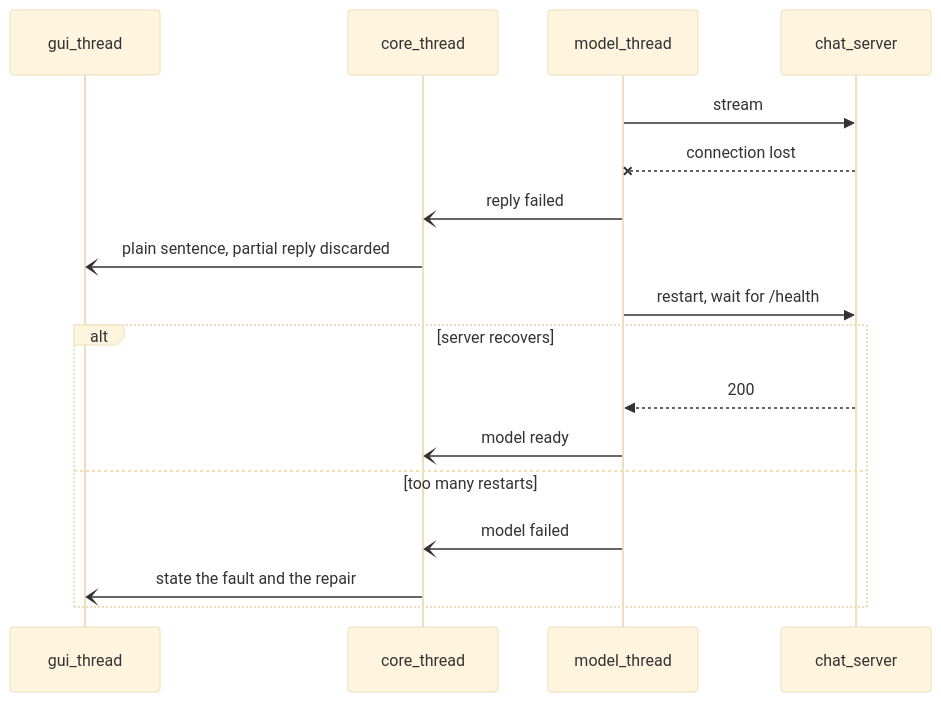
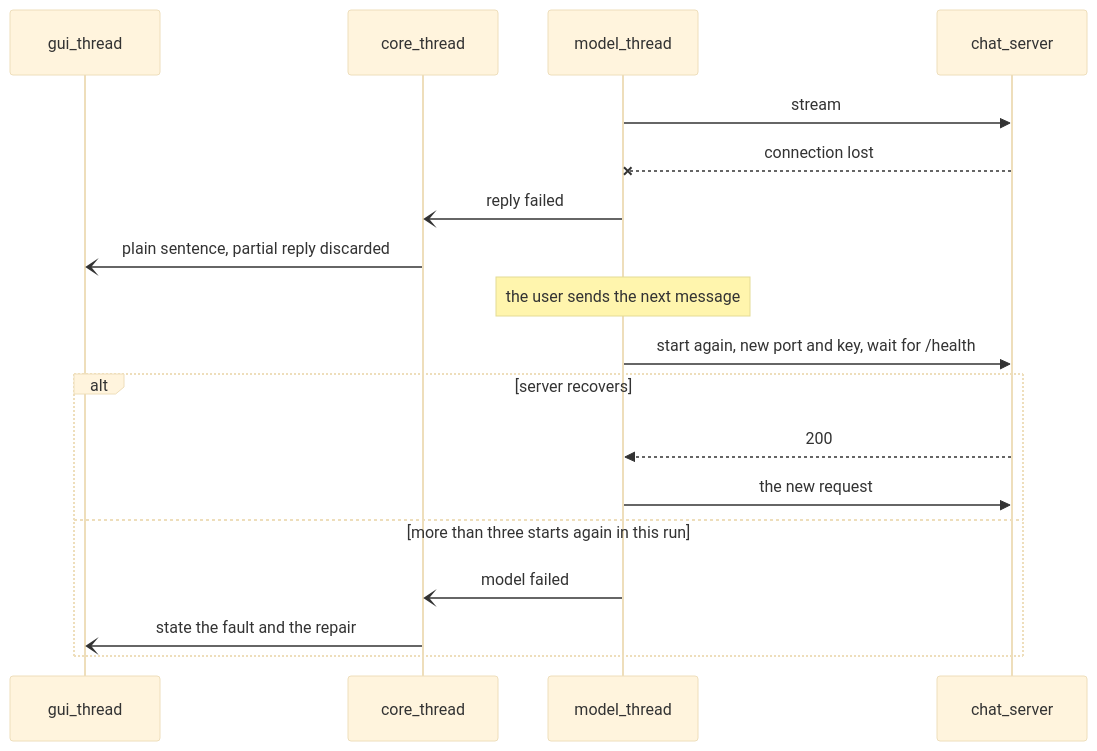
Diagram 41 of 46 in docs/architecture/ARCHITECTURE.md (NguyenVu04/cognia), drawn with Mermaid (base theme) before and after one commit. The commit also changed other lines of this file and 79 other files, not shown here.

Commit message:
Refine architecture decision records: update schema details in ADR 0003 and enhance embedding retrieval logic in ADR 0007

````diff
--- a/docs/architecture/ARCHITECTURE.md
+++ b/docs/architecture/ARCHITECTURE.md
@@ -2409,20 +2521,21 @@
 ```mermaid
 sequenceDiagram
     participant gui as gui_thread
     participant core as core_thread
     participant model as model_thread
     participant chat as chat_server
 
     model->>chat: stream
     chat--xmodel: connection lost
     model-)core: reply failed
     core-)gui: plain sentence, partial reply discarded
-    model->>chat: restart, wait for /health
+    Note over model: the user sends the next message
+    model->>chat: start again, new port and key, wait for /health
     alt server recovers
         chat-->>model: 200
-        model-)core: model ready
-    else too many restarts
+        model->>chat: the new request
+    else more than three starts again in this run
         model-)core: model failed
         core-)gui: state the fault and the repair
     end
 ```
````
